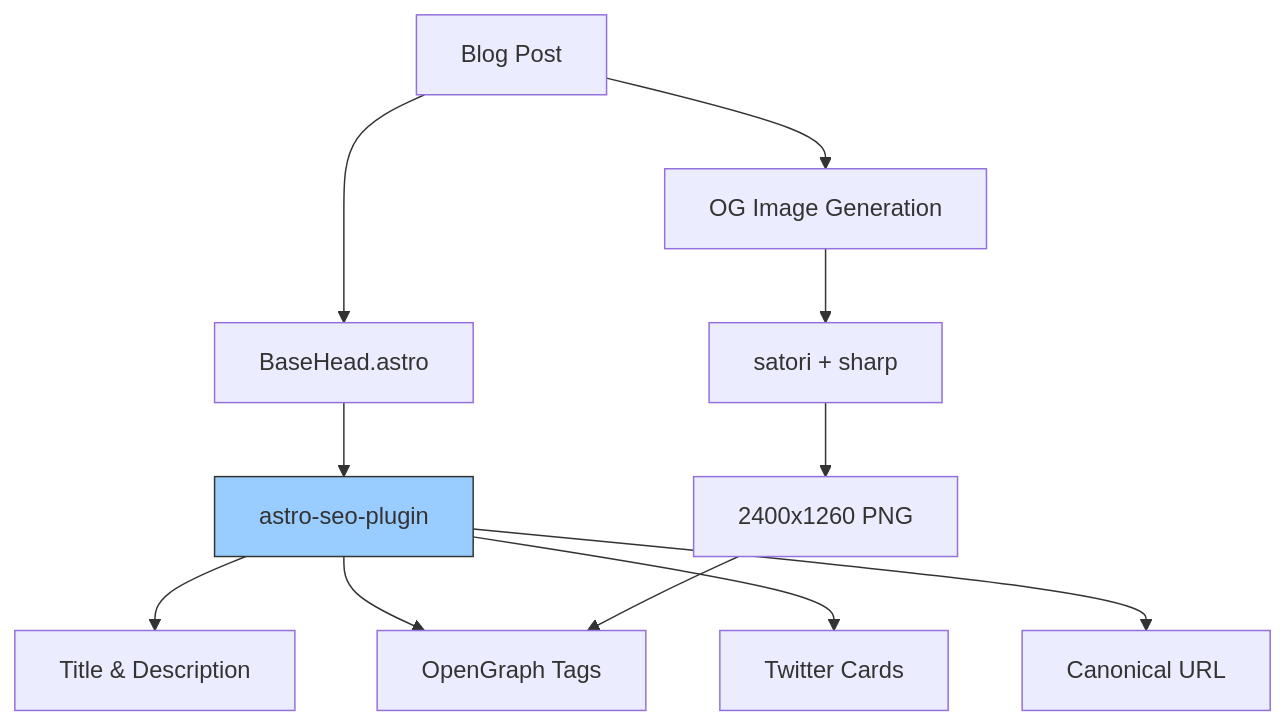
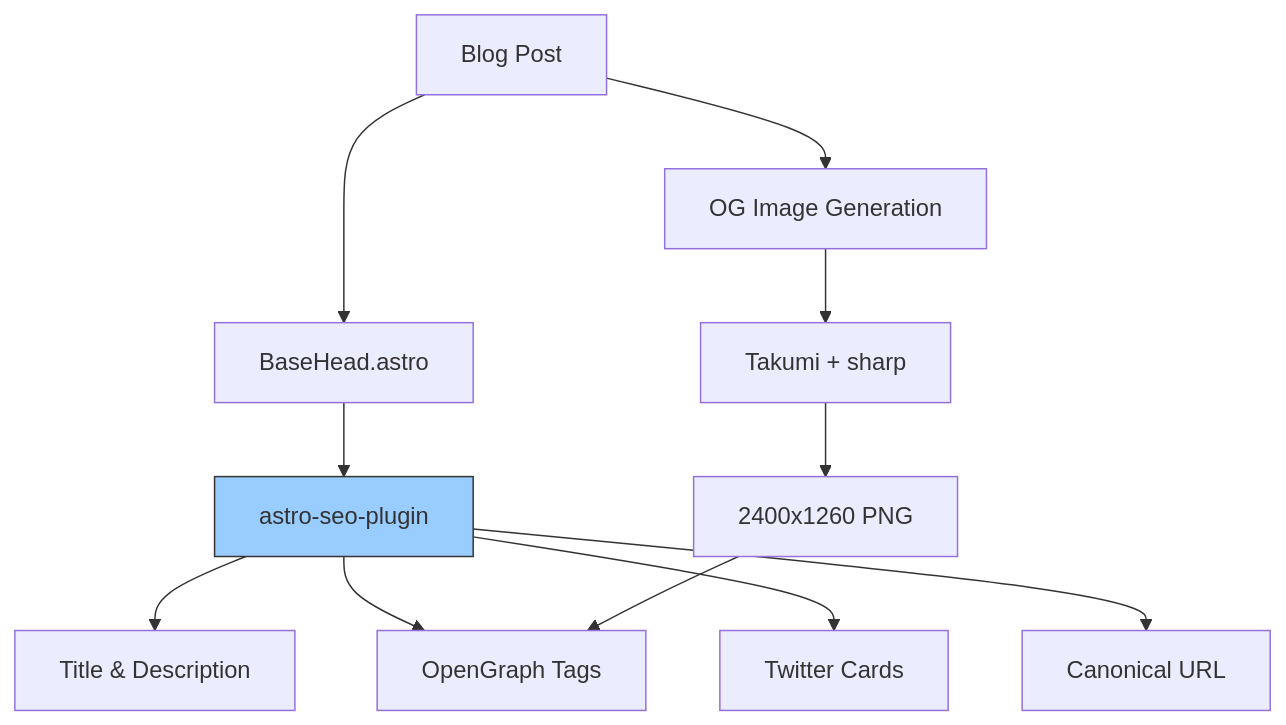
Diagram 11 of 12 in docs/architecture/overview.md (russmckendrick/blog), drawn with Mermaid before and after one commit. The commit also changed other lines of this file and 22 other files, not shown here.

````diff
--- a/docs/architecture/overview.md
+++ b/docs/architecture/overview.md
@@ -391,16 +391,16 @@
 ```mermaid
 graph TD
     A[Blog Post] --> B[BaseHead.astro]
     B --> C[astro-seo-plugin]
     C --> D[Title & Description]
     C --> E[OpenGraph Tags]
     C --> F[Twitter Cards]
     C --> G[Canonical URL]
 
     A --> H[OG Image Generation]
-    H --> I[satori + sharp]
+    H --> I[Takumi + sharp]
     I --> J[2400x1260 PNG]
     J --> E
 
     style C fill:#9cf,stroke:#333
 ```
````
